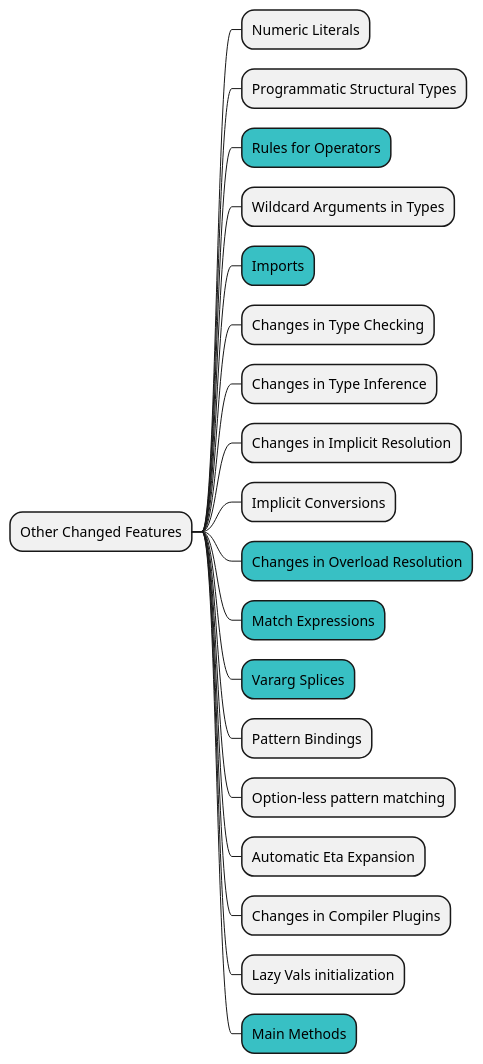
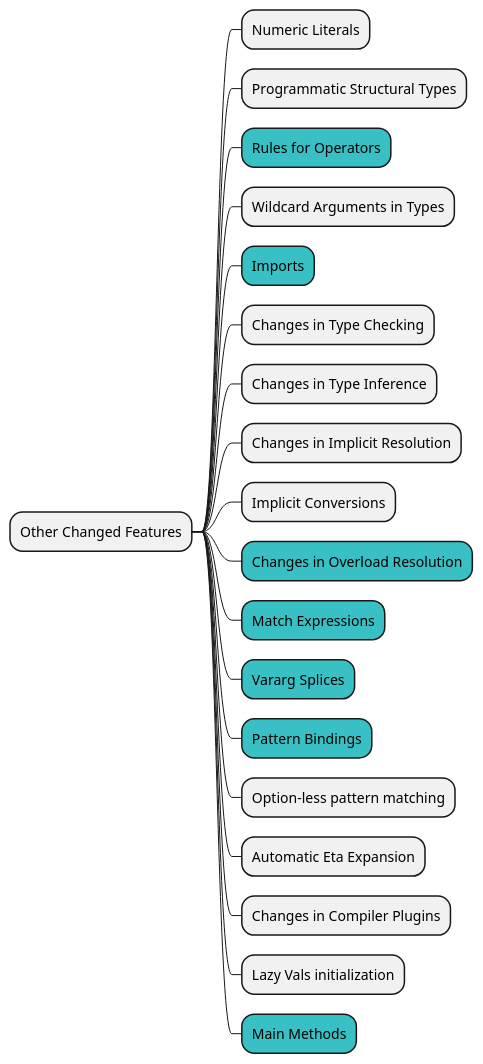
The seventh of 8 diagrams in docs/step01/03_Referenceを俯瞰してみる.md (shinharad/getting-started-with-scala3), drawn with PlantUML before and after one commit. The commit also changed 2 other files, not shown here.

Commit message:
Pattern Bindingsを追加

````diff
--- a/docs/step01/03_Referenceを俯瞰してみる.md
+++ b/docs/step01/03_Referenceを俯瞰してみる.md
@@ -144,23 +144,23 @@
 ```plantuml
 @startmindmap
 * Other Changed Features
 ** Numeric Literals
 ** Programmatic Structural Types
 **[#38c0c4] Rules for Operators
 ** Wildcard Arguments in Types
 **[#38c0c4] Imports
 ** Changes in Type Checking
 ** Changes in Type Inference
 ** Changes in Implicit Resolution
 ** Implicit Conversions
 **[#38c0c4] Changes in Overload Resolution
 **[#38c0c4] Match Expressions
 **[#38c0c4] Vararg Splices
-** Pattern Bindings
+**[#38c0c4] Pattern Bindings
 ** Option-less pattern matching
 ** Automatic Eta Expansion
 ** Changes in Compiler Plugins
 ** Lazy Vals initialization
 **[#38c0c4] Main Methods
 @endmindmap
 ```
````
